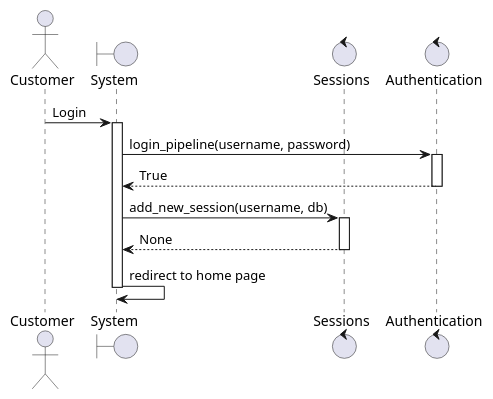
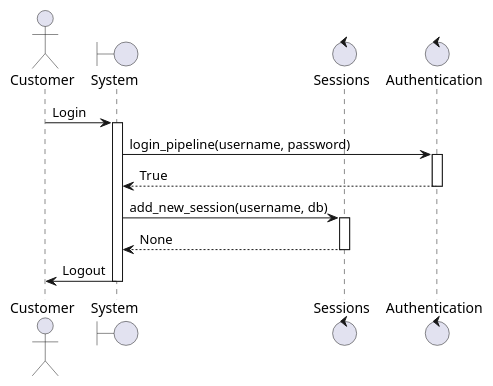
Before and after one commit to david-gary/onlineStoreTemplate: the diagram in docs/diagrams/sequences/logout.puml, drawn with PlantUML. The commit also changed 24 other files, not shown here.

```diff
--- a/docs/diagrams/sequences/logout.puml
+++ b/docs/diagrams/sequences/logout.puml
@@ -1,18 +1,18 @@
 @startuml login
 actor Customer
 boundary "System" as system
 control "Sessions" as sessions
 control "Authentication" as auth
 Customer -> system: Login
 activate system
 system -> auth: login_pipeline(username, password)
 activate auth
 auth --> system: True
 deactivate auth
 system -> sessions: add_new_session(username, db)
 activate sessions
 sessions --> system: None
 deactivate sessions
-system -> system: redirect to home page
+system -> Customer: Logout
 deactivate system
 @enduml
```
